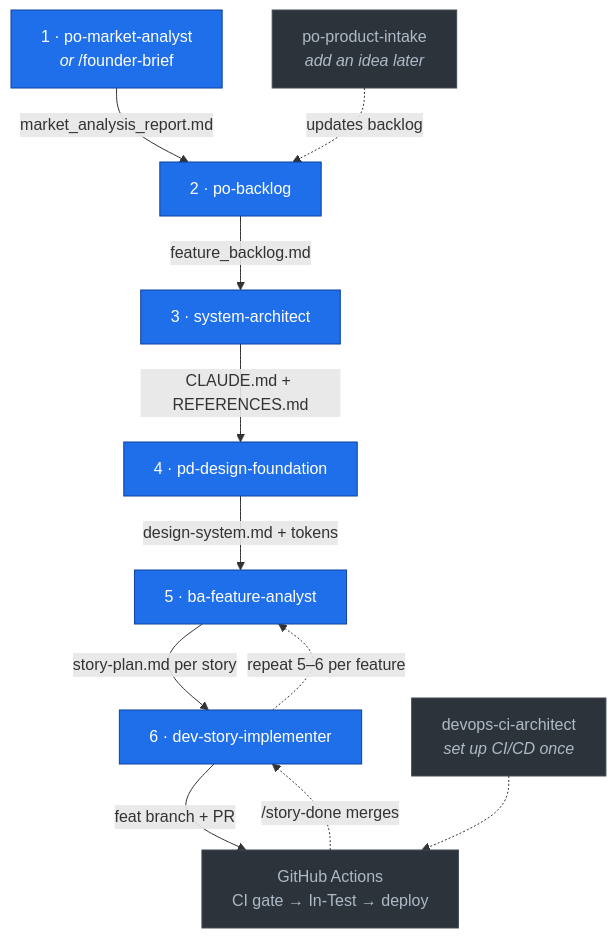
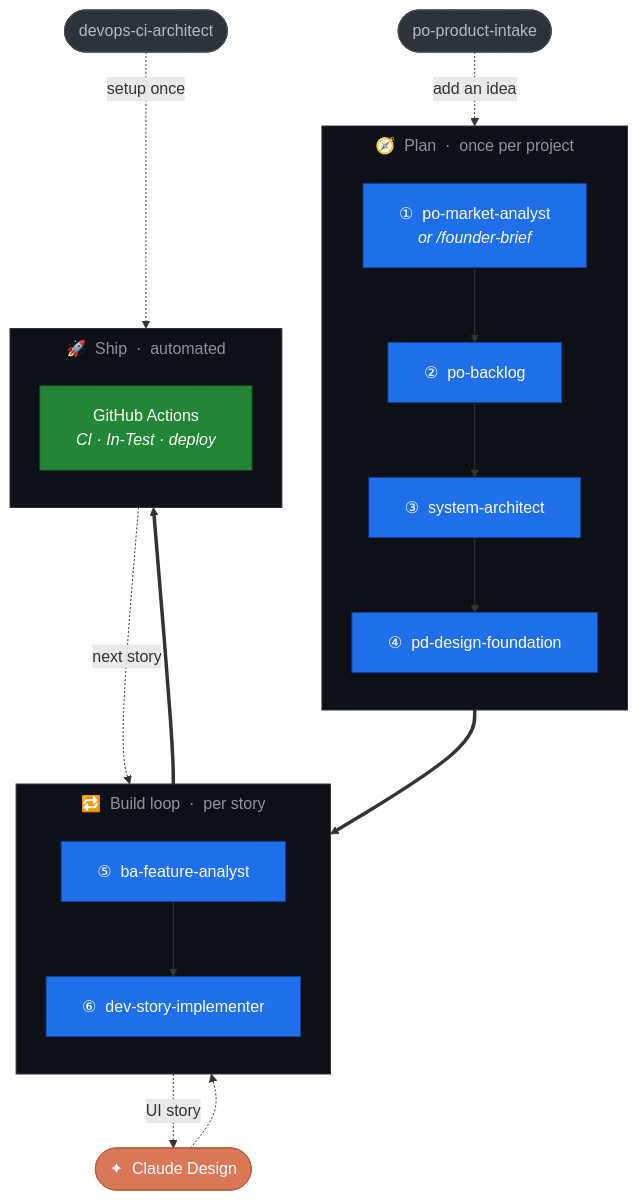
The diagram in README.md (ahmetatar/product-pipeline-plugin), drawn with Mermaid before and after one commit.

Commit message:
Add Claude Design step to README pipeline diagram and refine layout

````diff
--- a/README.md
+++ b/README.md
@@ -24,19 +24,41 @@
 ```mermaid
+%%{init: {'flowchart': {'curve':'basis','nodeSpacing':40,'rankSpacing':50,'padding':18,'subGraphTitleMargin':{'top':8,'bottom':12}}}}%%
 flowchart TD
-    A["1 · po-market-analyst<br/><i>or</i> /founder-brief"] -->|market_analysis_report.md| B["2 · po-backlog"]
-    B -->|feature_backlog.md| C["3 · system-architect"]
-    C -->|CLAUDE.md + REFERENCES.md| D["4 · pd-design-foundation"]
-    D -->|design-system.md + tokens| E["5 · ba-feature-analyst"]
-    E -->|story-plan.md per story| F["6 · dev-story-implementer"]
-    F -->|feat branch + PR| G["GitHub Actions<br/>CI gate → In-Test → deploy"]
-    G -.->|/story-done merges| F
-    F -.->|repeat 5–6 per feature| E
+    subgraph plan ["🧭&nbsp; Plan &nbsp;·&nbsp; once per project"]
+        direction TB
+        A["①&nbsp; po-market-analyst<br/><i>or /founder-brief</i>"] --> B["②&nbsp; po-backlog"] --> C["③&nbsp; system-architect"] --> D["④&nbsp; pd-design-foundation"]
+    end
 
-    PI["po-product-intake<br/><i>add an idea later</i>"] -.->|updates backlog| B
-    CI["devops-ci-architect<br/><i>set up CI/CD once</i>"] -.-> G
+    subgraph build ["🔁&nbsp; Build loop &nbsp;·&nbsp; per story"]
+        direction TB
+        E["⑤&nbsp; ba-feature-analyst"] --> F["⑥&nbsp; dev-story-implementer"]
+    end
+
+    subgraph ship ["🚀&nbsp; Ship &nbsp;·&nbsp; automated"]
+        direction TB
+        G["GitHub Actions<br/><i>CI · In-Test · deploy</i>"]
+    end
+
+    D ==> E
+    F ==> G
+    G -.->|next story| E
+
+    F -.->|UI story| CD(["✦&nbsp; Claude Design"])
+    CD -.-> F
+
+    PI(["po-product-intake"]) -.->|add an idea| B
+    CIX(["devops-ci-architect"]) -.->|setup once| G
 
     classDef core fill:#1f6feb,stroke:#0d419d,color:#fff;
+    classDef ship fill:#238636,stroke:#1a6e2e,color:#fff;
     classDef aux fill:#2d333b,stroke:#444c56,color:#adbac7;
+    classDef design fill:#d97757,stroke:#b85c3e,color:#fff;
     class A,B,C,D,E,F core;
-    class PI,CI,G aux;
+    class G ship;
+    class PI,CIX aux;
+    class CD design;
+
+    style plan fill:#0d1117,stroke:#30363d,color:#8b949e;
+    style build fill:#0d1117,stroke:#30363d,color:#8b949e;
+    style ship fill:#0d1117,stroke:#30363d,color:#8b949e;
 ```
````
